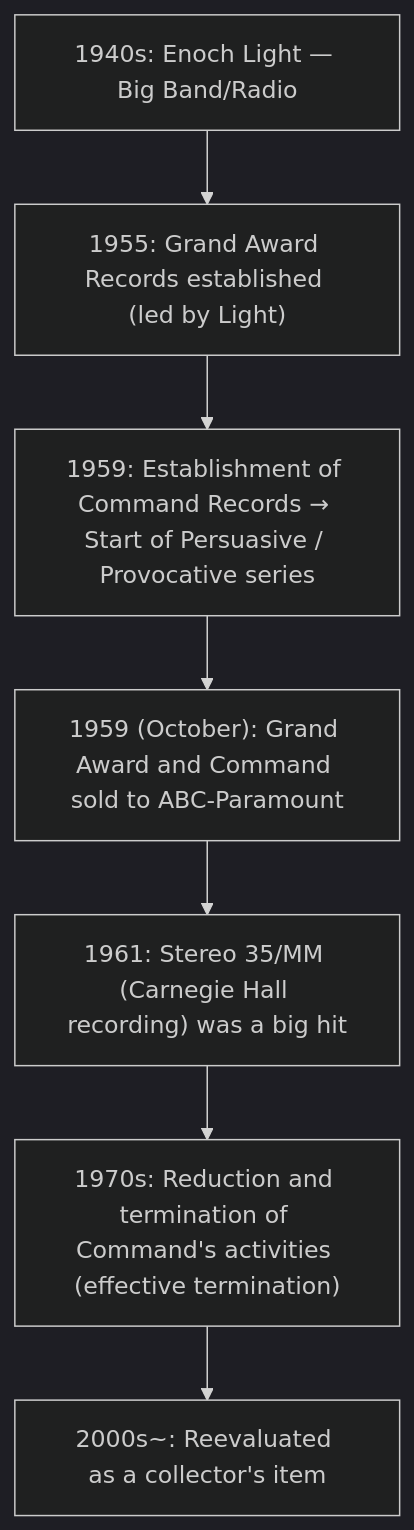
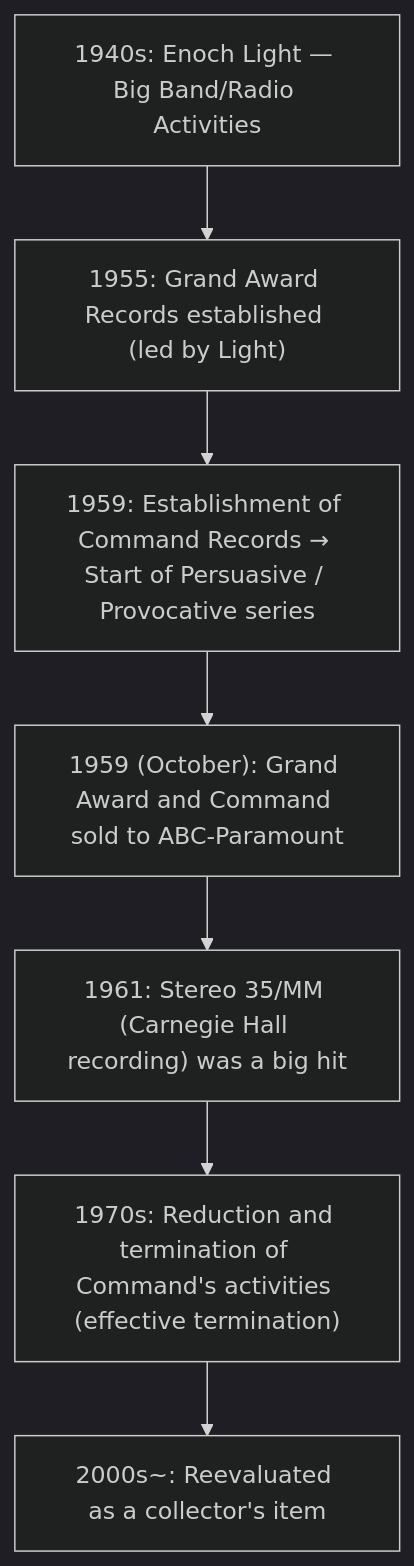
Before and after one commit to monumental-movement/monumental-movement.github.io: the first of 2 diagrams in en/_posts/2025-10-04-Column-Enoch-Light-Command.md, drawn with Mermaid (dark theme). The commit also changed other lines of this file and 471 other files, not shown here.

```diff
--- a/en/_posts/2025-10-04-Column-Enoch-Light-Command.md
+++ b/en/_posts/2025-10-04-Column-Enoch-Light-Command.md
@@ -63,13 +63,13 @@
 <div class="mermaid">
 
 flowchart TD
-    A["1940s: Enoch Light — Big Band/Radio"]
+    A["1940s: Enoch Light — Big Band/Radio Activities"]
     B["1955: Grand Award Records established (led by Light)"]
     C["1959: Establishment of Command Records → Start of Persuasive / Provocative series"]
     D["1959 (October): Grand Award and Command sold to ABC-Paramount"]
     E["1961: Stereo 35/MM (Carnegie Hall recording) was a big hit"]
     F["1970s: Reduction and termination of Command's activities (effective termination)"]
     G["2000s~: Reevaluated as a collector's item"]
 
     A --> B --> C --> D --> E --> F --> G
 </div>
```
